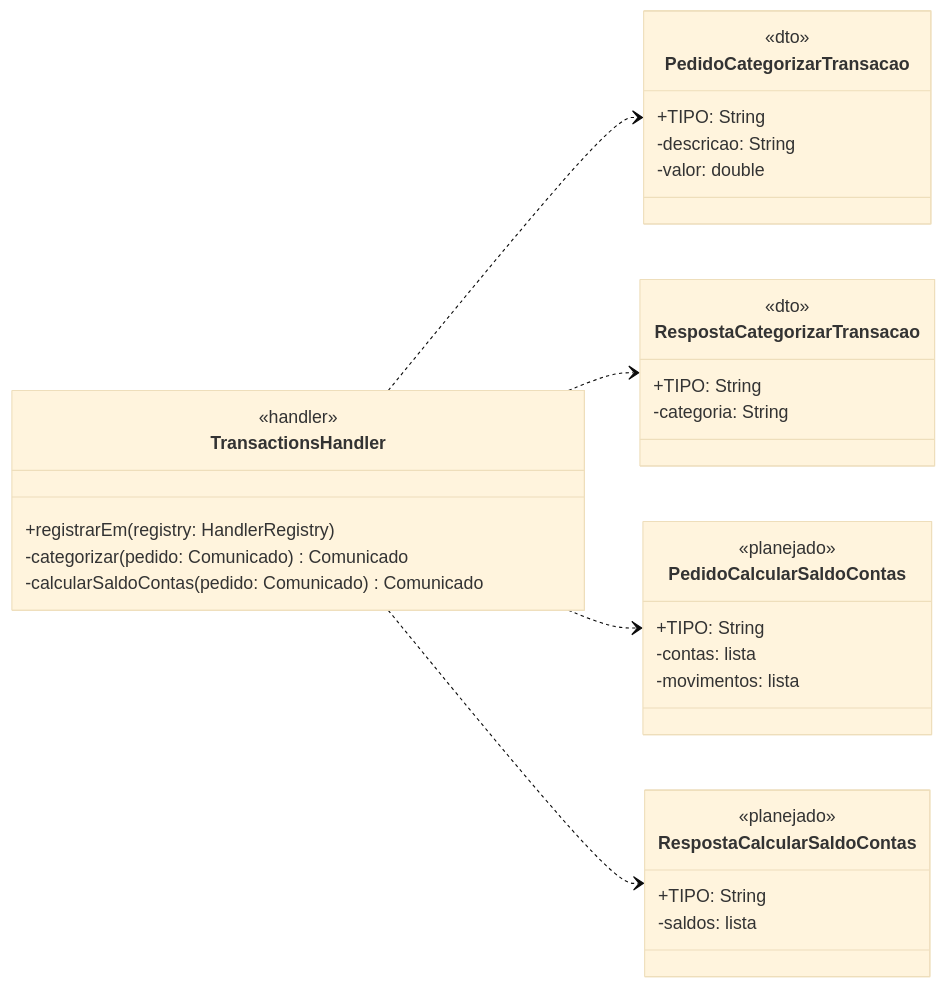
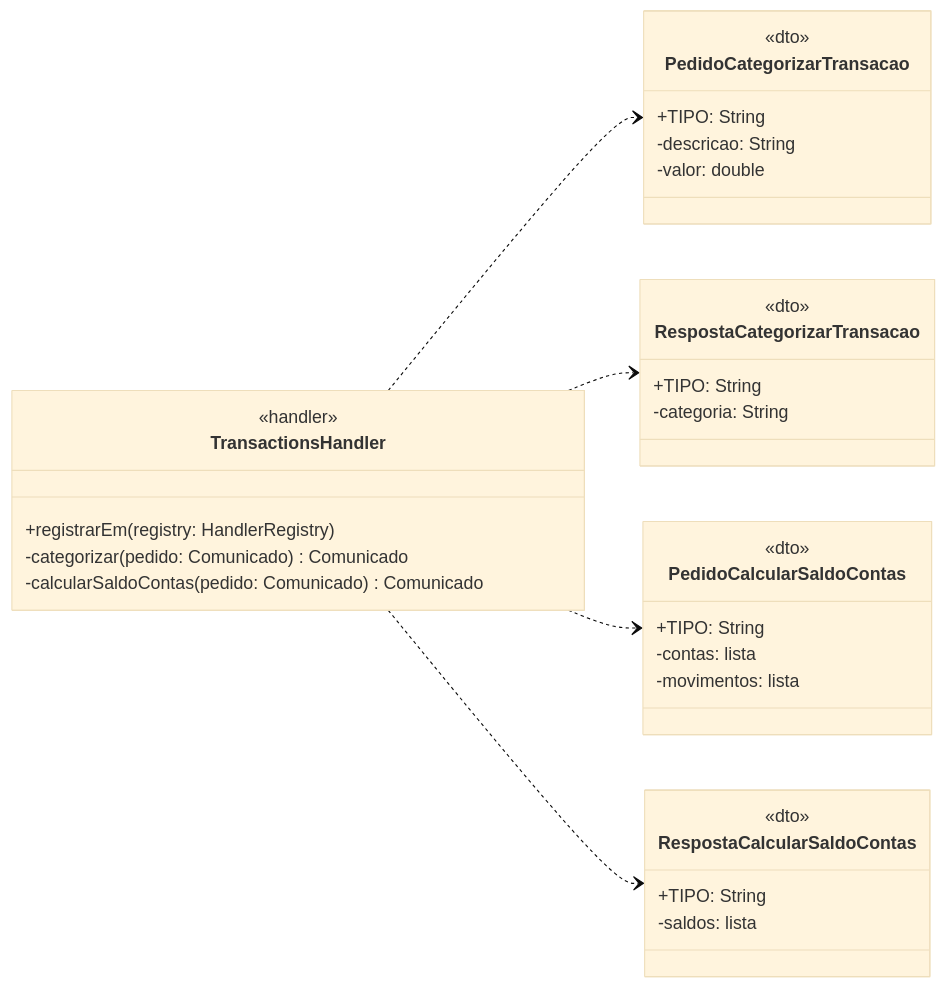
The seventh of 8 diagrams in docs/uml/02-estrutura-do-servidor.md (MiguelFMont/ES-PI4-2026-T1-G18), drawn with Mermaid (base theme) before and after one commit. The commit also changed other lines of this file and 27 other files, not shown here.

Commit message:
docs: UML só do Servidor (remove diagramas de classes do Backend e do Frontend e as marcas de planejado)

````diff
--- a/docs/uml/02-estrutura-do-servidor.md
+++ b/docs/uml/02-estrutura-do-servidor.md
@@ -664,38 +655,36 @@
 ```mermaid
 classDiagram
     direction LR
     class TransactionsHandler {
         <<handler>>
         +registrarEm(registry: HandlerRegistry)
         -categorizar(pedido: Comunicado) Comunicado
         -calcularSaldoContas(pedido: Comunicado) Comunicado
     }
     class PedidoCategorizarTransacao {
         <<dto>>
         +TIPO: String
         -descricao: String
         -valor: double
     }
     class RespostaCategorizarTransacao {
         <<dto>>
         +TIPO: String
         -categoria: String
     }
     class PedidoCalcularSaldoContas {
-        <<planejado>>
         <<dto>>
         +TIPO: String
         -contas: lista
         -movimentos: lista
     }
     class RespostaCalcularSaldoContas {
-        <<planejado>>
         <<dto>>
         +TIPO: String
         -saldos: lista
     }
     TransactionsHandler ..> PedidoCategorizarTransacao
     TransactionsHandler ..> RespostaCategorizarTransacao
     TransactionsHandler ..> PedidoCalcularSaldoContas
     TransactionsHandler ..> RespostaCalcularSaldoContas
 ```
````
